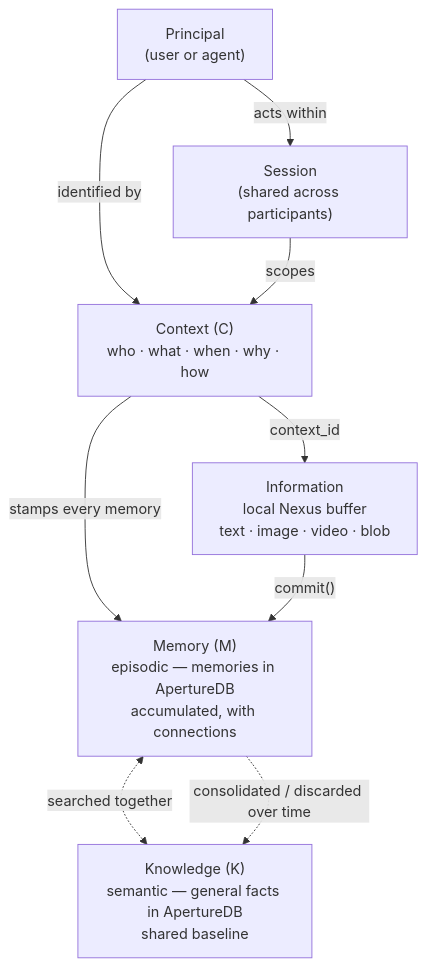
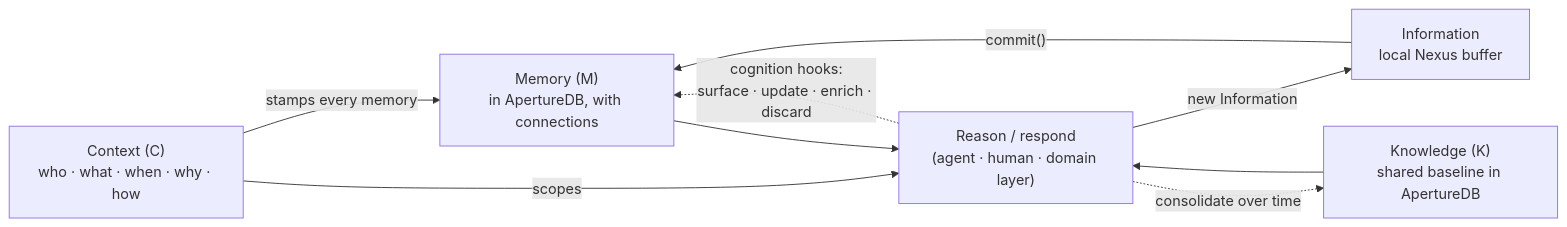
Before and after one commit to aperture-data/aperture-nexus: the first of 3 diagrams in docs/concepts.md, drawn with Mermaid. The commit also changed other lines of this file and 2 other files, not shown here.

First line of the commit message:
Reframe docs around KMC loop; enrich cognition definition

````diff
--- a/docs/concepts.md
+++ b/docs/concepts.md
@@ -142,18 +167,17 @@
 ```mermaid
-flowchart TD
-    P["Principal\n(user or agent)"]
-    S["Session\n(shared across participants)"]
+flowchart LR
     C["Context (C)\nwho · what · when · why · how"]
-    I["Information\nlocal Nexus buffer\ntext · image · video · blob"]
-    M["Memory (M)\nepisodic — memories in ApertureDB\naccumulated, with connections"]
-    K["Knowledge (K)\nsemantic — general facts in ApertureDB\nshared baseline"]
+    I["Information\nlocal Nexus buffer"]
+    M["Memory (M)\nin ApertureDB, with connections"]
+    K["Knowledge (K)\nshared baseline in ApertureDB"]
+    R["Reason / respond\n(agent · human · domain layer)"]
 
-    P -->|"acts within"| S
-    P -->|"identified by"| C
-    S -->|"scopes"| C
-    C -->|"context_id"| I
+    I -->|"commit()"| M
     C -->|"stamps every memory"| M
-    I -->|"commit()"| M
-    M <-.->|"searched together"| K
-    M -.->|"consolidated / discarded over time"| K
+    C -->|"scopes"| R
+    M --> R
+    K --> R
+    R -->|"new Information"| I
+    R -.->|"cognition hooks:\nsurface · update · enrich · discard"| M
+    R -.->|"consolidate over time"| K
 ```
````
